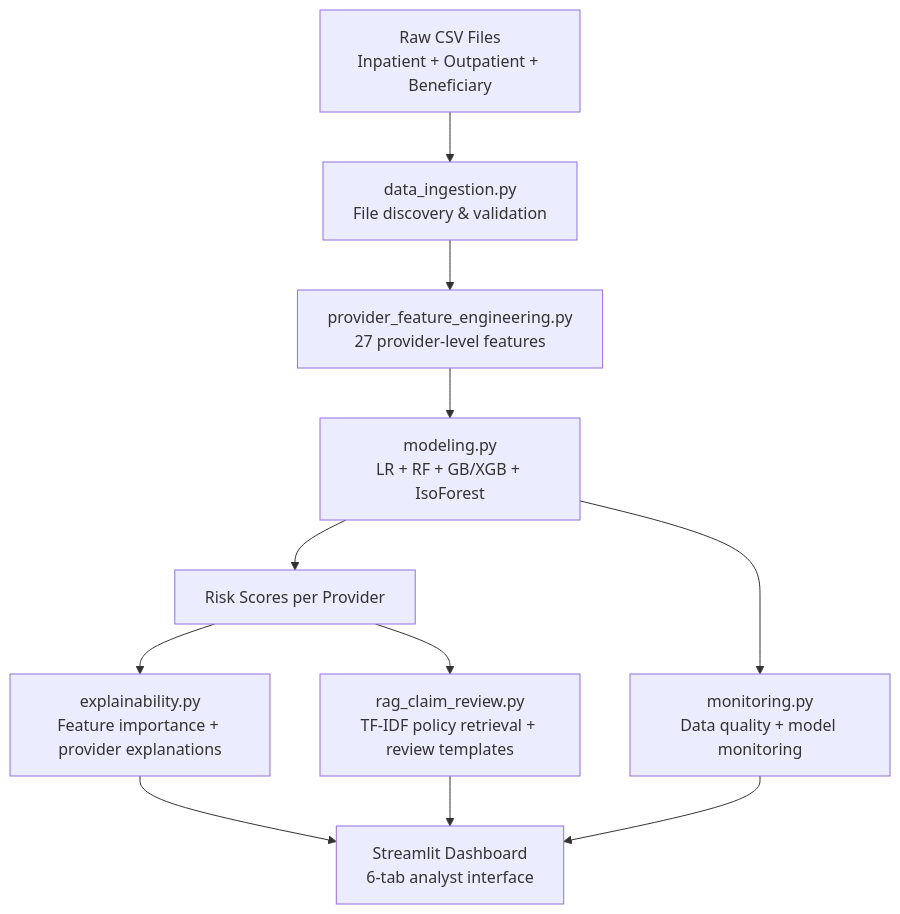
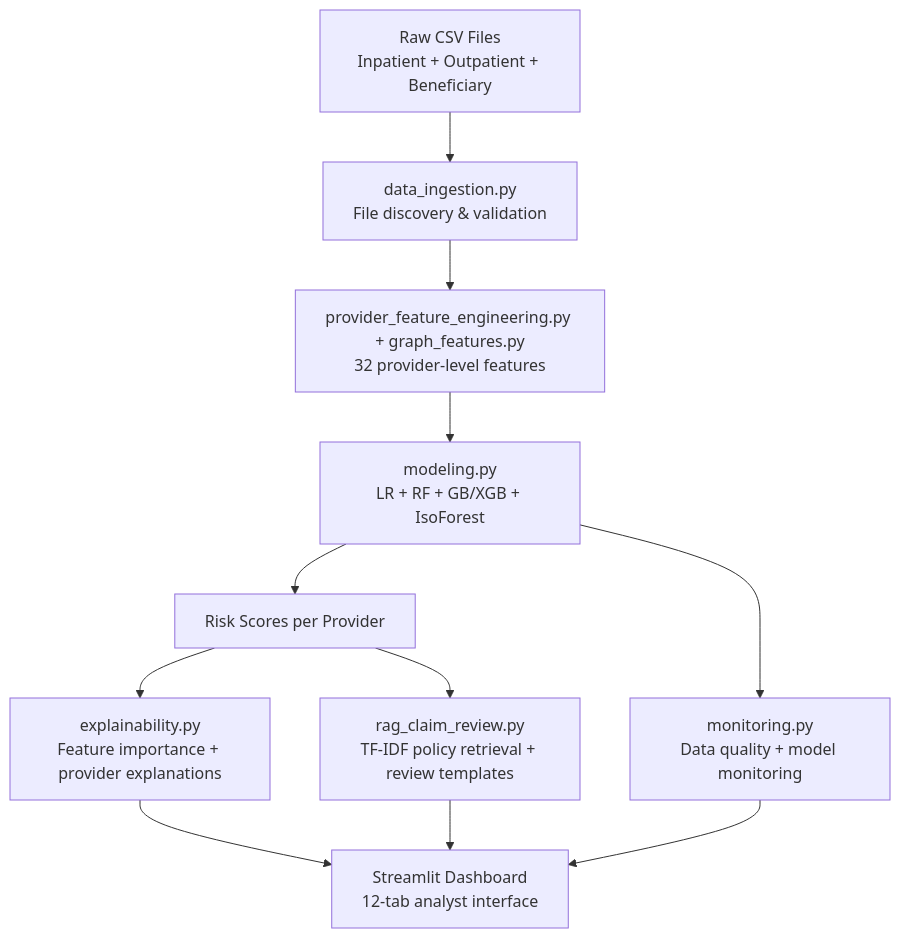
The diagram in README.md (bobaoxu2001/Insurance-FWA-Risk-Scoring-GenAI-Claims-Review-System), drawn with Mermaid before and after one commit. The commit also changed other lines of this file and 2 other files, not shown here.

````diff
--- a/README.md
+++ b/README.md
@@ -310,13 +313,13 @@
 ```mermaid
 graph TD
     A[Raw CSV Files<br>Inpatient + Outpatient + Beneficiary] --> B[data_ingestion.py<br>File discovery & validation]
-    B --> C[provider_feature_engineering.py<br>27 provider-level features]
+    B --> C[provider_feature_engineering.py + graph_features.py<br>32 provider-level features]
     C --> D[modeling.py<br>LR + RF + GB/XGB + IsoForest]
     D --> E[Risk Scores per Provider]
     E --> F[explainability.py<br>Feature importance + provider explanations]
     E --> G[rag_claim_review.py<br>TF-IDF policy retrieval + review templates]
     D --> H[monitoring.py<br>Data quality + model monitoring]
-    F --> I[Streamlit Dashboard<br>6-tab analyst interface]
+    F --> I[Streamlit Dashboard<br>12-tab analyst interface]
     G --> I
     H --> I
 ```
````
